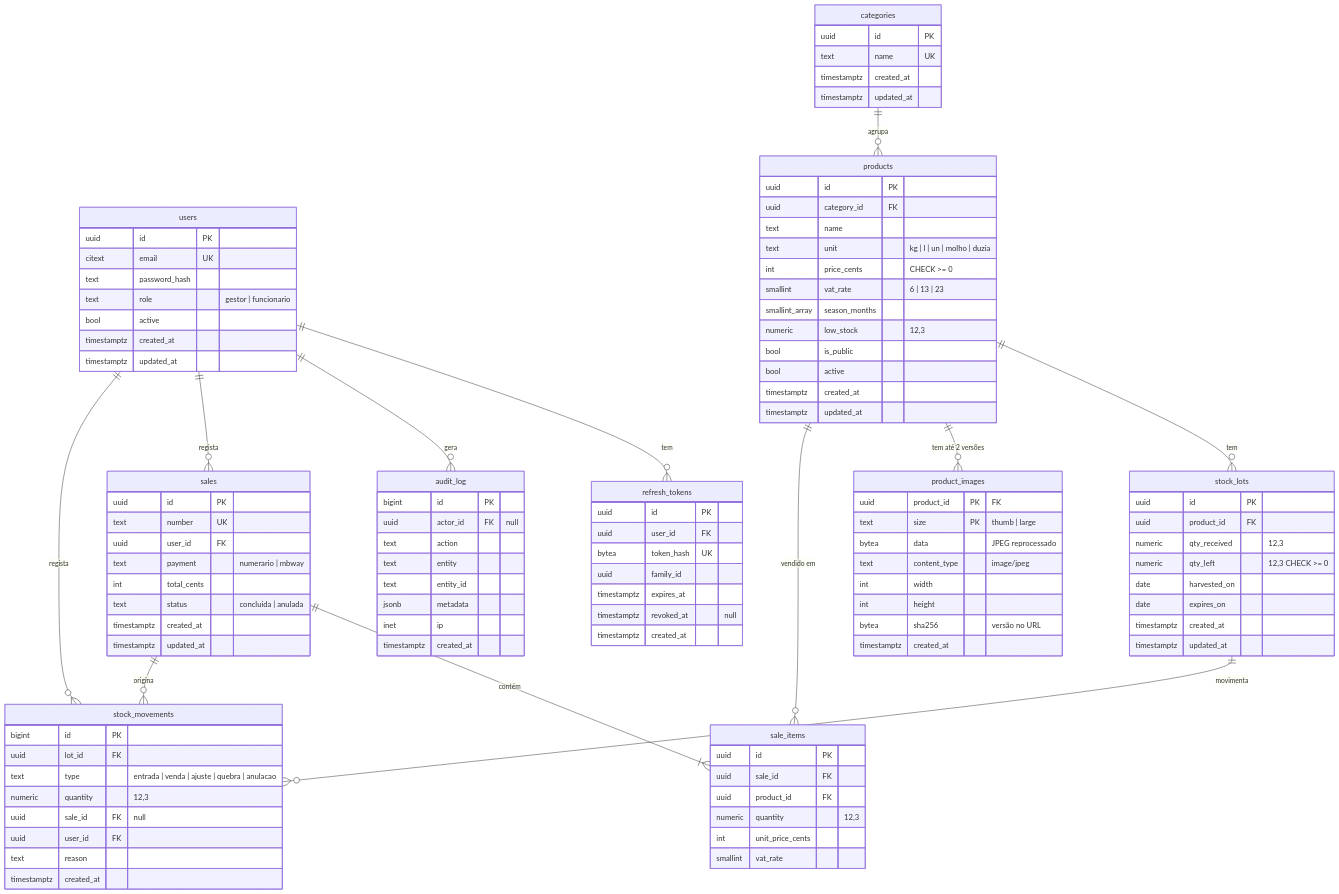
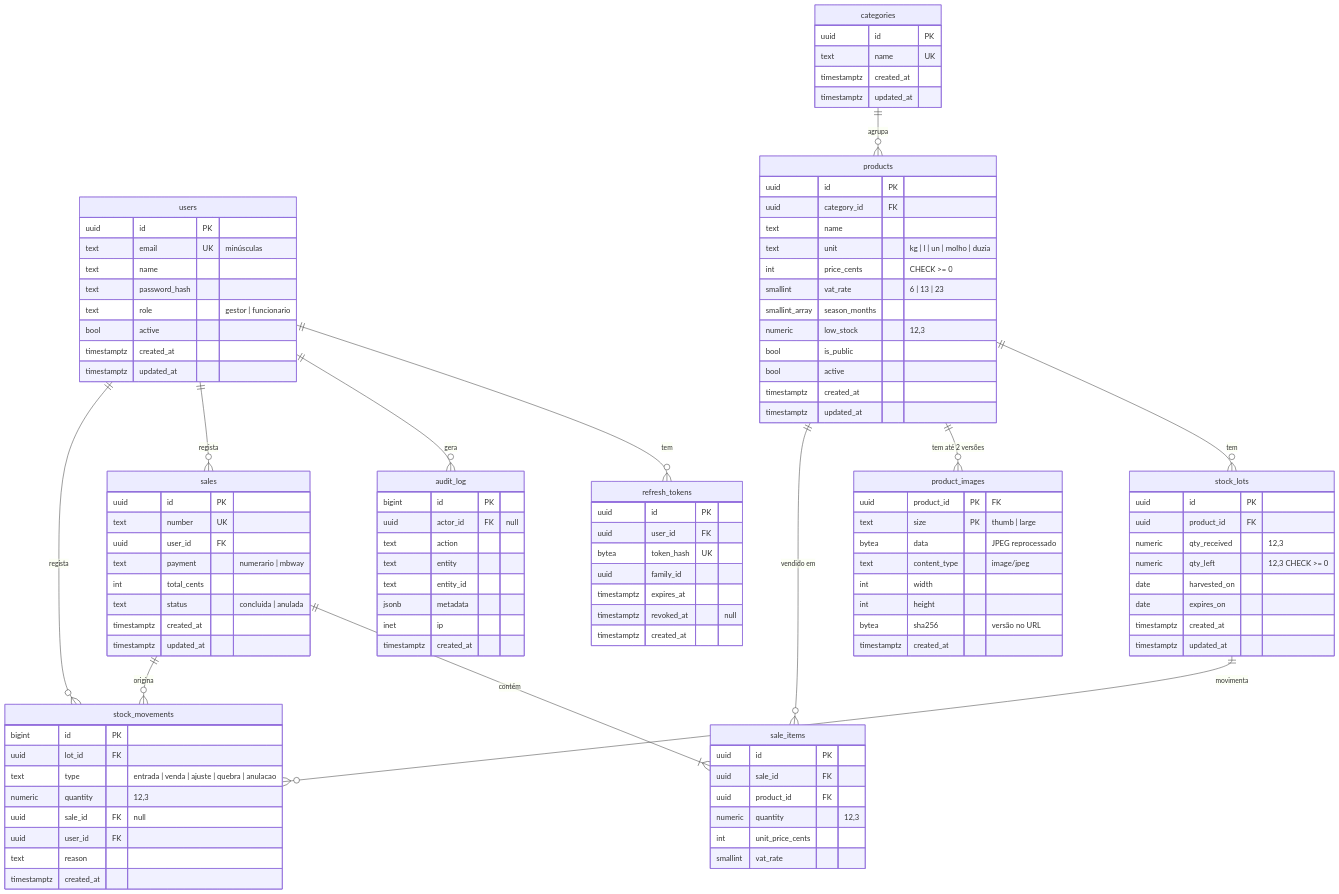
One commit to VascoDuart/loja-da-quinta changed the diagram in docs/architecture/data-model.md. Above: the diagram before and after it, drawn with Mermaid. The commit also changed other lines of this file and 7 other files, not shown here.

```diff
--- a/docs/architecture/data-model.md
+++ b/docs/architecture/data-model.md
@@ -16,7 +16,8 @@
 
     users {
         uuid id PK
-        citext email UK
+        text email UK "minúsculas"
+        text name
         text password_hash
         text role "gestor | funcionario"
         bool active
```
